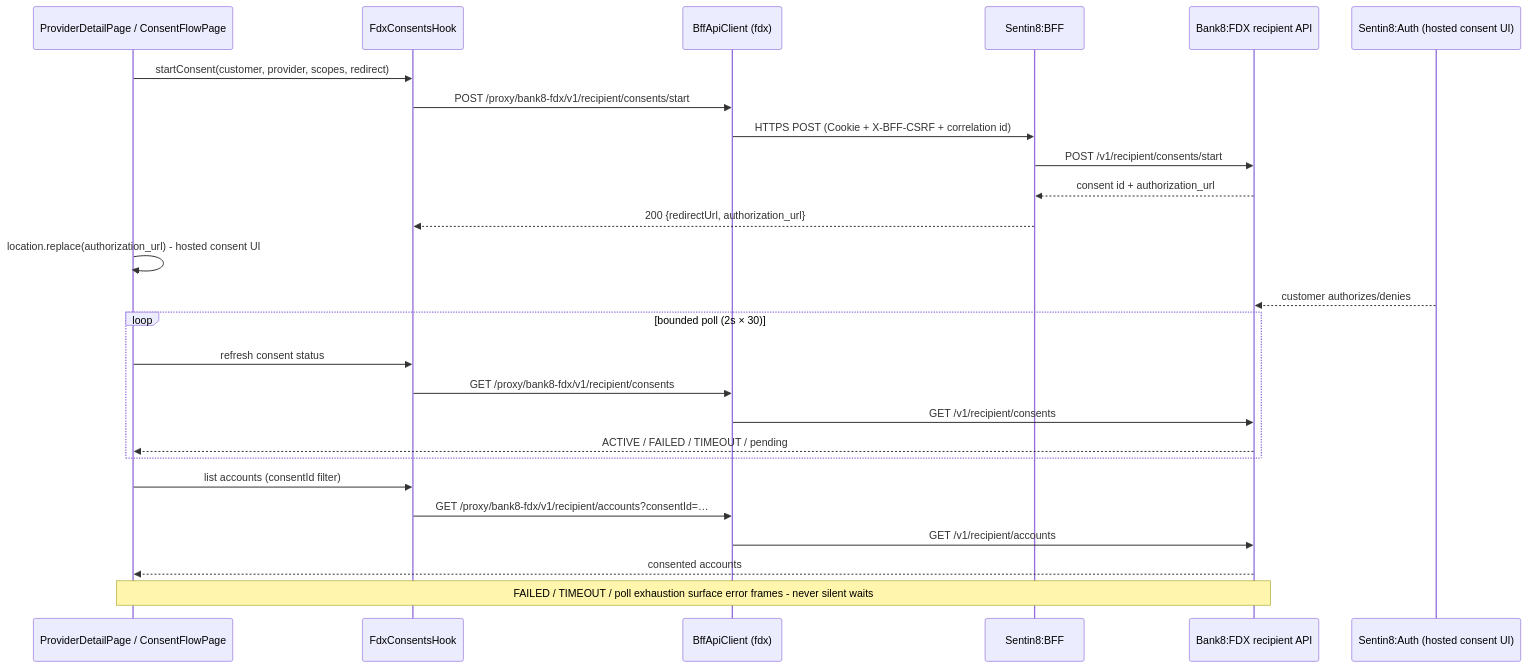
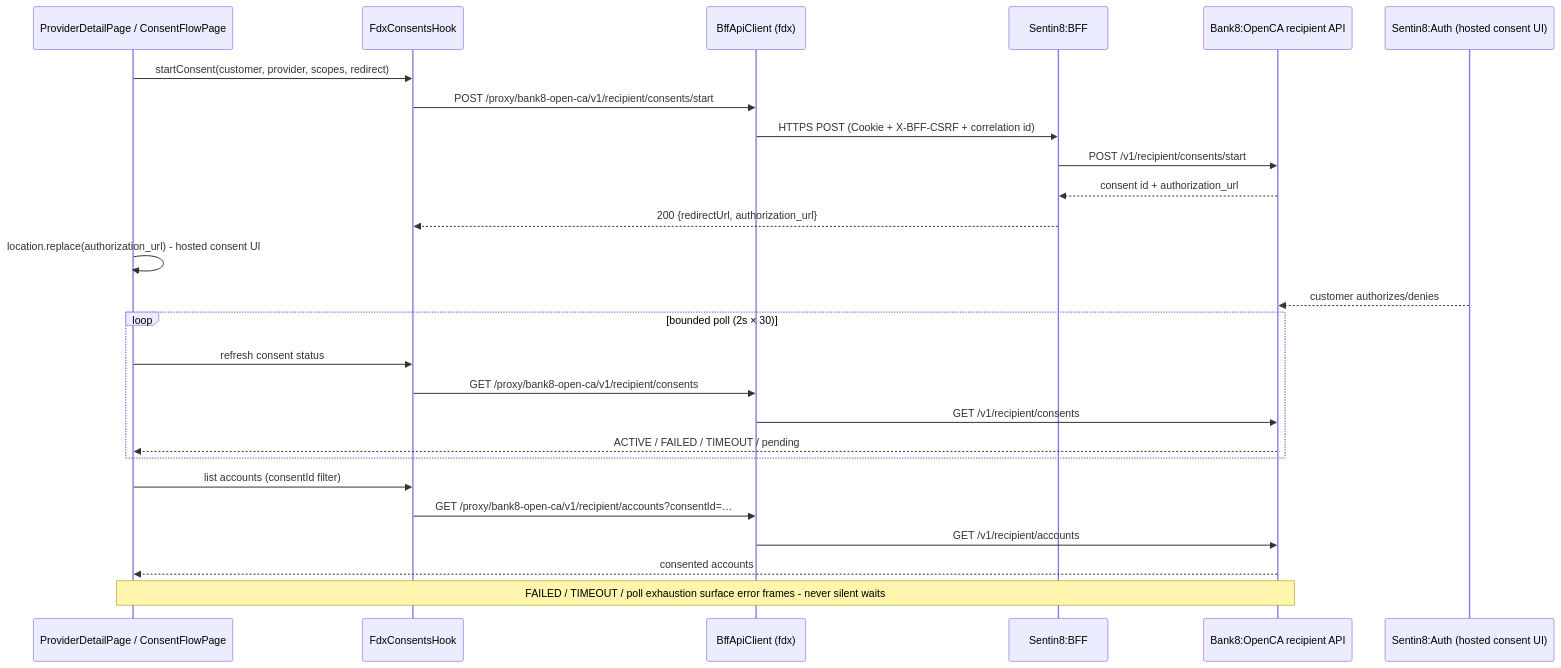
The third of 6 diagrams in docs/apps/efintech/design.md (Bank8-dev/bank8-site), drawn with Mermaid before and after one commit. The commit also changed other lines of this file and 300 other files, not shown here.

First line of the commit message:
OBARCH: bank8-fdx -> bank8-open-ca across the site

````diff
--- a/docs/apps/efintech/design.md
+++ b/docs/apps/efintech/design.md
@@ -58,28 +58,28 @@
 ```mermaid
 sequenceDiagram
     participant P as ProviderDetailPage / ConsentFlowPage
     participant H as FdxConsentsHook
     participant B as BffApiClient (fdx)
     participant F as Sentin8:BFF
-    participant R as Bank8:FDX recipient API
+    participant R as Bank8:OpenCA recipient API
     participant A as Sentin8:Auth (hosted consent UI)
     P->>H: startConsent(customer, provider, scopes, redirect)
-    H->>B: POST /proxy/bank8-fdx/v1/recipient/consents/start
+    H->>B: POST /proxy/bank8-open-ca/v1/recipient/consents/start
     B->>F: HTTPS POST (Cookie + X-BFF-CSRF + correlation id)
     F->>R: POST /v1/recipient/consents/start
     R-->>F: consent id + authorization_url
     F-->>H: 200 {redirectUrl, authorization_url}
     P->>P: location.replace(authorization_url) - hosted consent UI
     A-->>R: customer authorizes/denies
     loop bounded poll (2s × 30)
         P->>H: refresh consent status
-        H->>B: GET /proxy/bank8-fdx/v1/recipient/consents
+        H->>B: GET /proxy/bank8-open-ca/v1/recipient/consents
         B->>R: GET /v1/recipient/consents
         R-->>P: ACTIVE / FAILED / TIMEOUT / pending
     end
     P->>H: list accounts (consentId filter)
-    H->>B: GET /proxy/bank8-fdx/v1/recipient/accounts?consentId=…
+    H->>B: GET /proxy/bank8-open-ca/v1/recipient/accounts?consentId=…
     B->>R: GET /v1/recipient/accounts
     R-->>P: consented accounts
     note over P,R: FAILED / TIMEOUT / poll exhaustion surface error frames - never silent waits
 ```
````
